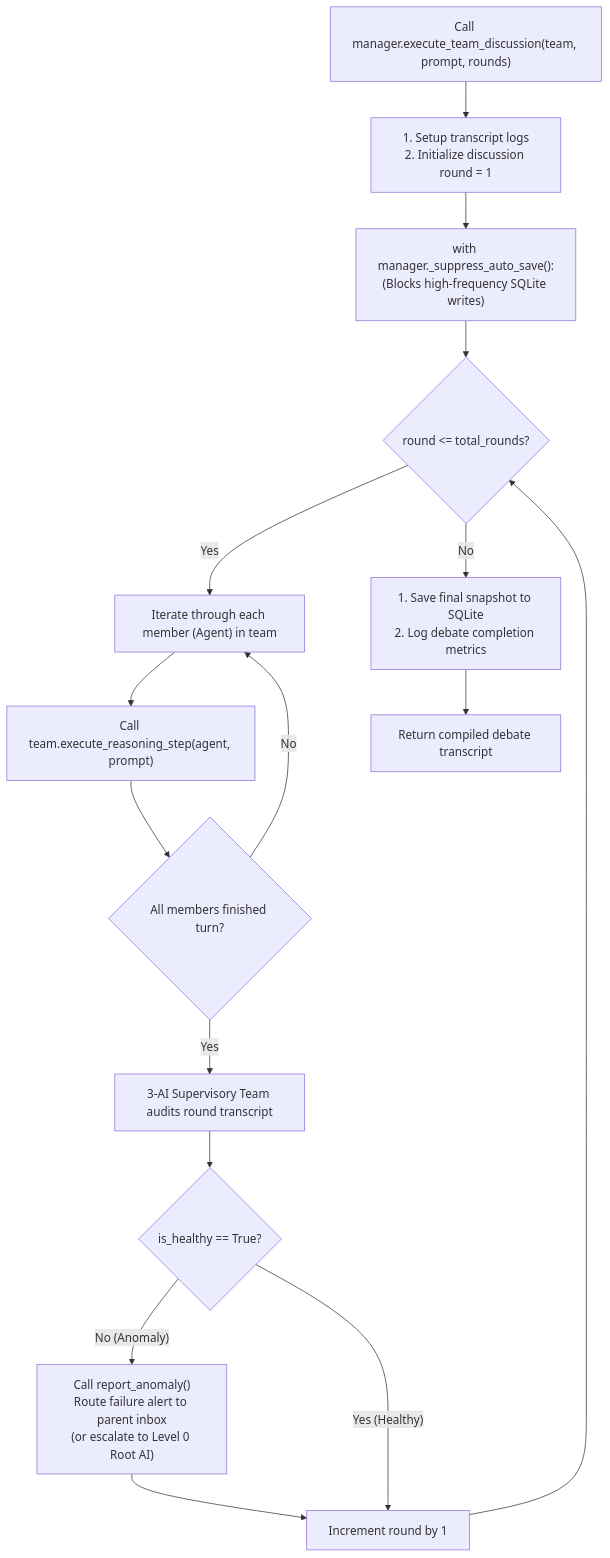
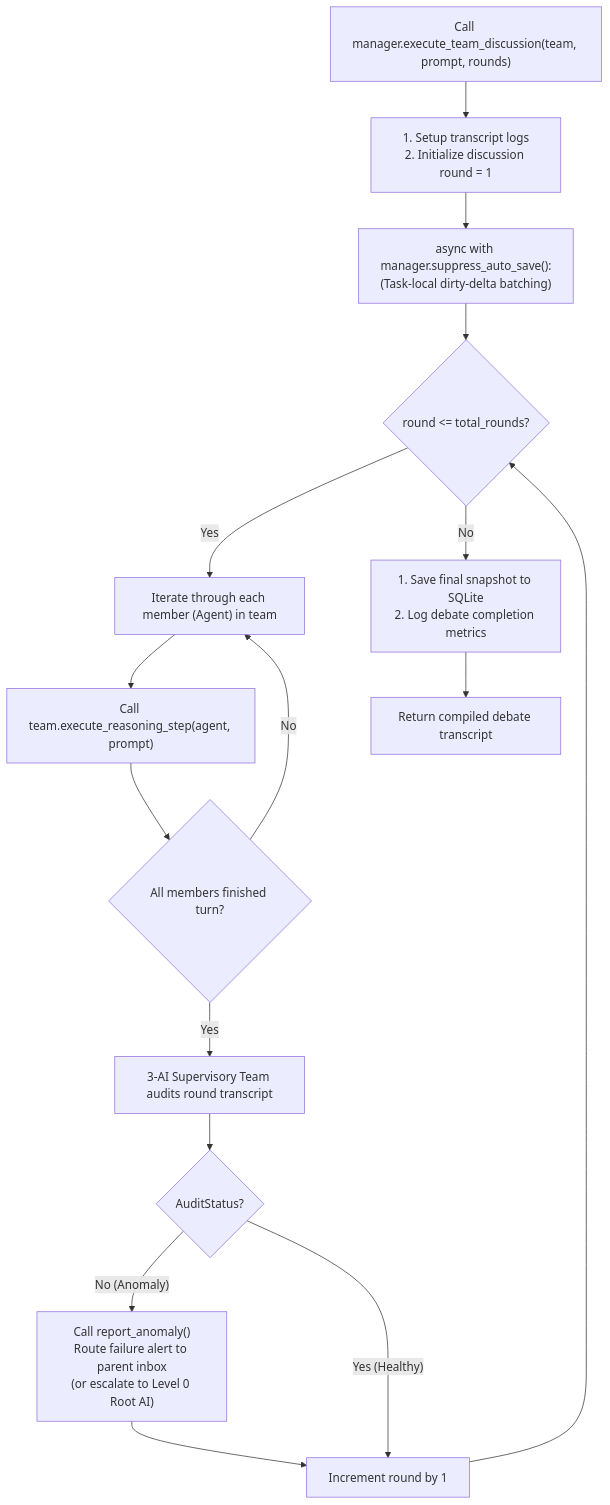
The third of 4 diagrams in docs/flowcharts/Tooling_and_Execution.md (AI-Team-Team/AI-Team-Team), drawn with Mermaid before and after one commit. The commit also changed 38 other files, not shown here.

````diff
--- a/docs/flowcharts/Tooling_and_Execution.md
+++ b/docs/flowcharts/Tooling_and_Execution.md
@@ -92,28 +92,28 @@
 ```mermaid
 flowchart TD
     Start["Call manager.execute_team_discussion(team, prompt, rounds)"] --> Init["1. Setup transcript logs\n2. Initialize discussion round = 1"]
     
-    Init --> SuppressIOGate["with manager._suppress_auto_save():\n(Blocks high-frequency SQLite writes)"]
+    Init --> SuppressIOGate["async with manager.suppress_auto_save():\n(Task-local dirty-delta batching)"]
     SuppressIOGate --> LoopRounds{"round <= total_rounds?"}
     
     LoopRounds -- "Yes" --> MemberIteration["Iterate through each member (Agent) in team"]
     
     MemberIteration --> RunAgentStep["Call team.execute_reasoning_step(agent, prompt)"]
     
     RunAgentStep --> NextMember{"All members finished turn?"}
     NextMember -- "No" --> MemberIteration
     
     NextMember -- "Yes" --> SupervisoryAudit["3-AI Supervisory Team audits round transcript"]
     
-    SupervisoryAudit --> AuditResult{"is_healthy == True?"}
+    SupervisoryAudit --> AuditResult{"AuditStatus?"}
     
     AuditResult -- "No (Anomaly)" --> ReportAnomaly["Call report_anomaly()\nRoute failure alert to parent inbox\n(or escalate to Level 0 Root AI)"]
     ReportAnomaly --> IncrementRound["Increment round by 1"]
     
     AuditResult -- "Yes (Healthy)" --> IncrementRound
     
     IncrementRound --> LoopRounds
     
     LoopRounds -- "No" --> FinalizeState["1. Save final snapshot to SQLite\n2. Log debate completion metrics"]
     FinalizeState --> End["Return compiled debate transcript"]
 ```
````
